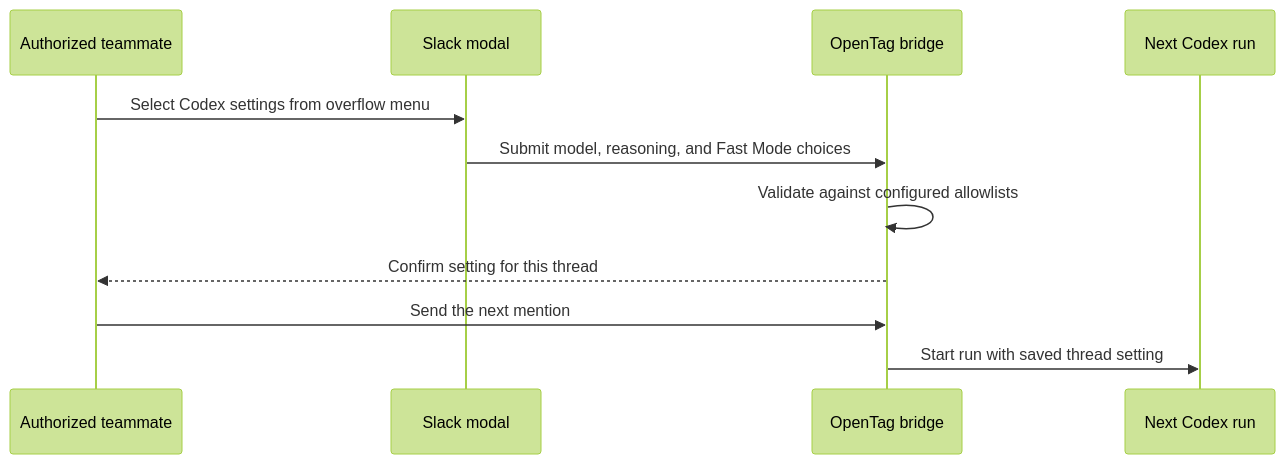
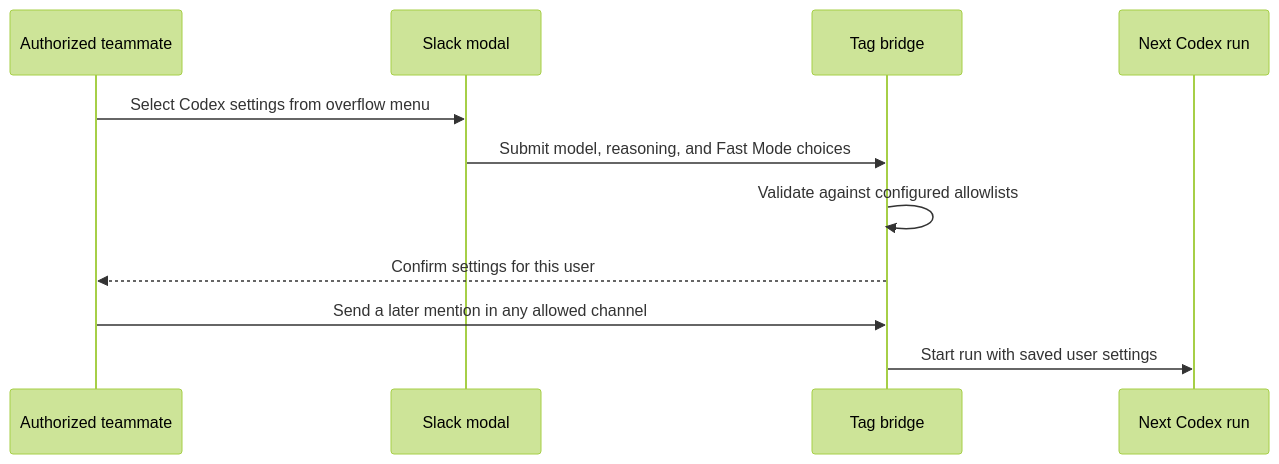
One commit to klovr-co/hover-tag changed diagram 14 of 18 in docs/user-flows.md. Above: the diagram before and after it, drawn with Mermaid (forest theme). The commit also changed other lines of this file and 24 other files, not shown here.

````diff
--- a/docs/user-flows.md
+++ b/docs/user-flows.md
@@ -516,14 +517,14 @@
 ```mermaid
 sequenceDiagram
     participant U as Authorized teammate
     participant S as Slack modal
-    participant T as OpenTag bridge
+    participant T as Tag bridge
     participant N as Next Codex run
 
     U->>S: Select Codex settings from overflow menu
     S->>T: Submit model, reasoning, and Fast Mode choices
     T->>T: Validate against configured allowlists
-    T-->>U: Confirm setting for this thread
-    U->>T: Send the next mention
-    T->>N: Start run with saved thread setting
+    T-->>U: Confirm settings for this user
+    U->>T: Send a later mention in any allowed channel
+    T->>N: Start run with saved user settings
 ```
````
